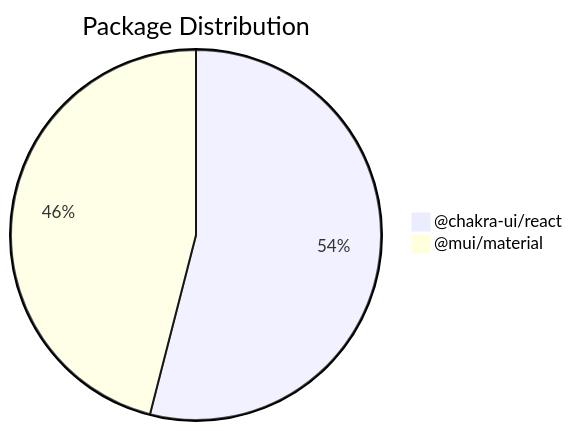
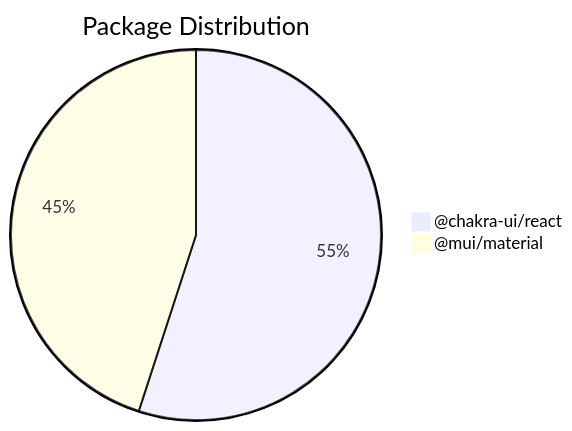
One commit to star4beam/react-package-analyzer changed the second of 2 diagrams in test-project-import-analysis/components.md. Above: the diagram before and after it, drawn with Mermaid. The commit also changed other lines of this file and 46 other files, not shown here.

````diff
--- a/test-project-import-analysis/components.md
+++ b/test-project-import-analysis/components.md
@@ -100,5 +100,5 @@
 ```mermaid
 pie title Package Distribution
-    "@chakra-ui/react" : 54
-    "@mui/material" : 46
+    "@chakra-ui/react" : 55
+    "@mui/material" : 45
 ```
````
